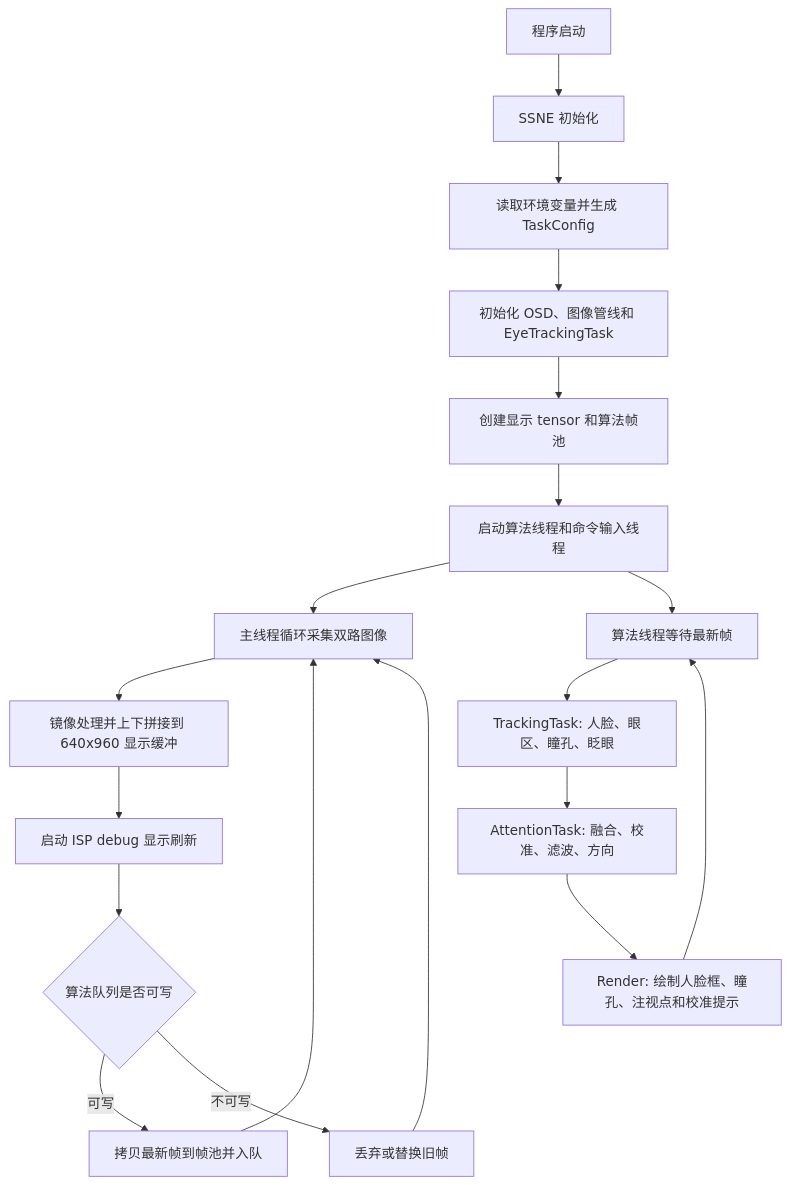
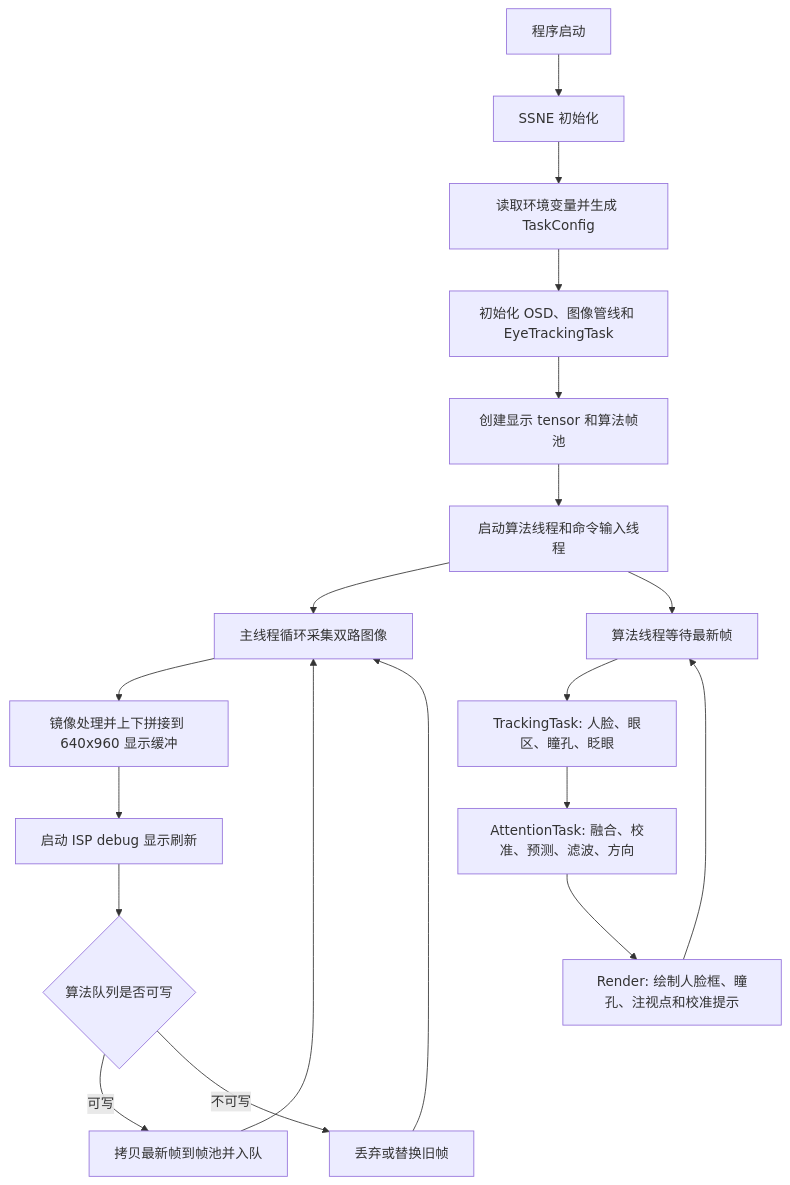
The diagram in eye_track_demo/README.md (sunrise-sky/Eye_tracking), drawn with Mermaid before and after one commit. The commit also changed other lines of this file, not shown here.

````diff
--- a/eye_track_demo/README.md
+++ b/eye_track_demo/README.md
@@ -100,23 +101,23 @@
 ```mermaid
 flowchart TD
     A[程序启动] --> B[SSNE 初始化]
     B --> C[读取环境变量并生成 TaskConfig]
     C --> D[初始化 OSD、图像管线和 EyeTrackingTask]
     D --> E[创建显示 tensor 和算法帧池]
     E --> F[启动算法线程和命令输入线程]
 
     F --> G[主线程循环采集双路图像]
     G --> H[镜像处理并上下拼接到 640x960 显示缓冲]
     H --> I[启动 ISP debug 显示刷新]
     I --> J{算法队列是否可写}
     J -->|可写| K[拷贝最新帧到帧池并入队]
     J -->|不可写| L[丢弃或替换旧帧]
     K --> G
     L --> G
 
     F --> M[算法线程等待最新帧]
     M --> N[TrackingTask: 人脸、眼区、瞳孔、眨眼]
-    N --> O[AttentionTask: 融合、校准、滤波、方向]
+    N --> O[AttentionTask: 融合、校准、预测、滤波、方向]
     O --> P[Render: 绘制人脸框、瞳孔、注视点和校准提示]
     P --> M
 ```
````
